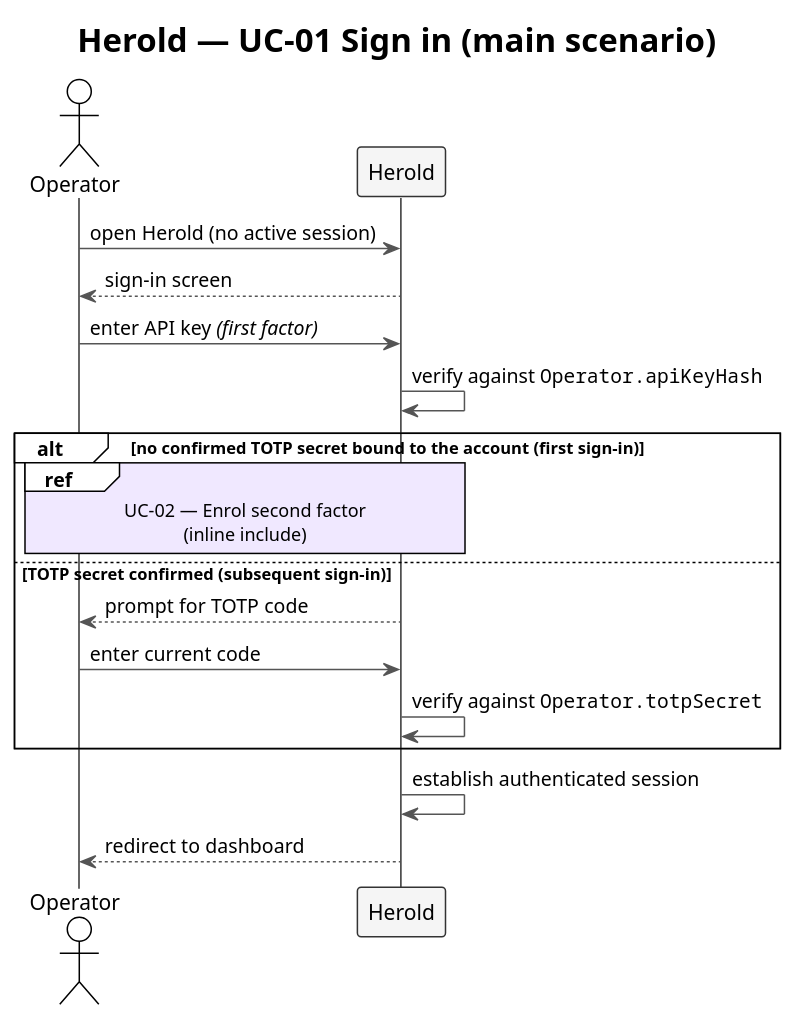
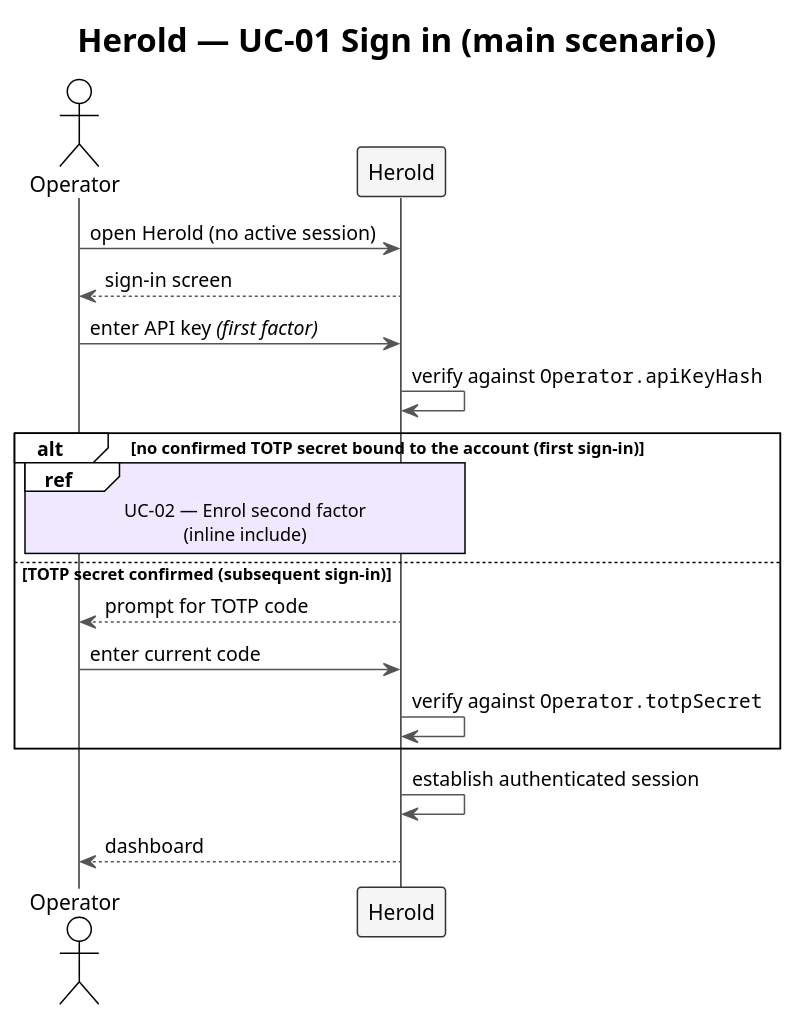
The diagram in docs/spec/diagrams/f2-uc01-sign-in.plantuml (carstenlucke/herold), drawn with PlantUML before and after one commit. The commit also changed 11 other files, not shown here.

```diff
--- a/docs/spec/diagrams/f2-uc01-sign-in.plantuml
+++ b/docs/spec/diagrams/f2-uc01-sign-in.plantuml
@@ -1,33 +1,33 @@
 @startuml f2-uc01-sign-in
 !theme plain
 skinparam shadowing false
 skinparam ArrowColor #555555
 skinparam SequenceLifeLineBorderColor #333333
 skinparam SequenceParticipantBorderColor #333333
 skinparam SequenceParticipantBackgroundColor #F5F5F5
 skinparam SequenceReferenceBackgroundColor #F0E8FF
 skinparam SequenceGroupBodyBackgroundColor transparent
 
 title Herold — UC-01 Sign in (main scenario)
 
 actor    "Operator" as OP
 participant "Herold"  as SYS
 
 OP  ->  SYS : open Herold (no active session)
 SYS --> OP  : sign-in screen
 
 OP  ->  SYS : enter API key //(first factor)//
 SYS ->  SYS : verify against ""Operator.apiKeyHash""
 
 alt no confirmed TOTP secret bound to the account (first sign-in)
   ref over OP, SYS : UC-02 — Enrol second factor\n(inline include)
 else TOTP secret confirmed (subsequent sign-in)
   SYS --> OP  : prompt for TOTP code
   OP  ->  SYS : enter current code
   SYS ->  SYS : verify against ""Operator.totpSecret""
 end
 
 SYS ->  SYS : establish authenticated session
-SYS --> OP  : redirect to dashboard
+SYS --> OP  : dashboard
 
 @enduml
```
